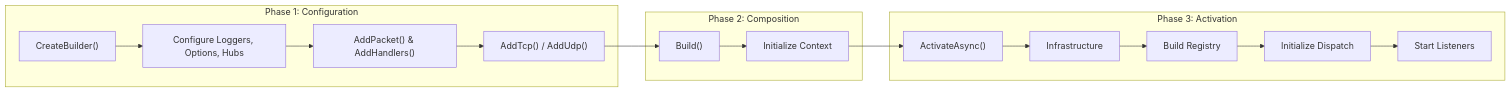
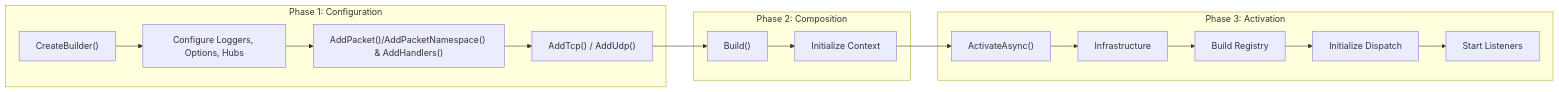
The diagram in docs/api/hosting/network-application.md (ppn-systems/Nalix), drawn with Mermaid before and after one commit. The commit also changed other lines of this file and 23 other files, not shown here.

````diff
--- a/docs/api/hosting/network-application.md
+++ b/docs/api/hosting/network-application.md
@@ -27,21 +27,21 @@
 ```mermaid
 graph LR
     subgraph Configuration ["Phase 1: Configuration"]
         Create["CreateBuilder()"] --> Config["Configure Loggers, Options, Hubs"]
-        Config --> Discover["AddPacket() & AddHandlers()"]
+        Config --> Discover["AddPacket()/AddPacketNamespace() & AddHandlers()"]
         Discover --> Bind["AddTcp() / AddUdp()"]
     end
 
     subgraph Composition ["Phase 2: Composition"]
         Bind --> Build["Build()"]
         Build --> Prep["Initialize Context"]
     end
 
     subgraph Activation ["Phase 3: Activation"]
         Prep --> Run["ActivateAsync()"]
         Run --> Infra["Infrastructure"]
         Infra --> Registry["Build Registry"]
         Registry --> Dispatch["Initialize Dispatch"]
         Dispatch --> Listeners["Start Listeners"]
     end
 ```
````
